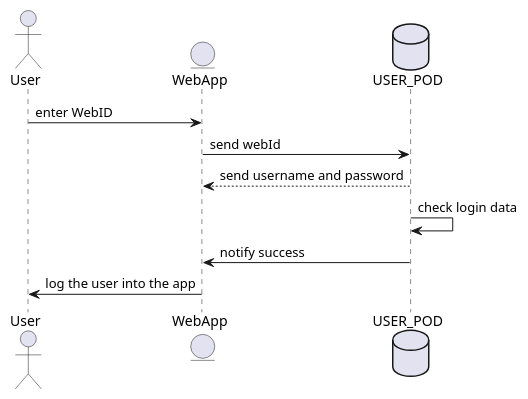
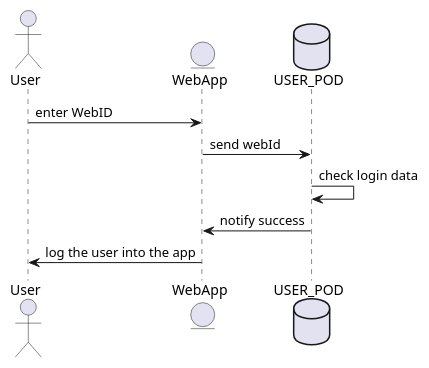
Before and after one commit to Arquisoft/lomap_es5c: the second of 7 diagrams in docs/06_runtime_view.adoc, drawn with PlantUML. The commit also changed other lines of this file and 8 other files, not shown here.

```diff
--- a/docs/06_runtime_view.adoc
+++ b/docs/06_runtime_view.adoc
@@ -48,13 +48,12 @@
 [plantuml,"login diagram",png]
 ----
 actor User
 entity EntityWeb as "WebApp"
 database Pod as "USER_POD"
 
 User -> EntityWeb: enter WebID
 EntityWeb -> Pod: send webId
-Pod --> EntityWeb: send username and password
 Pod -> Pod: check login data
 Pod -> EntityWeb: notify success
 EntityWeb -> User: log the user into the app
 ----
```
